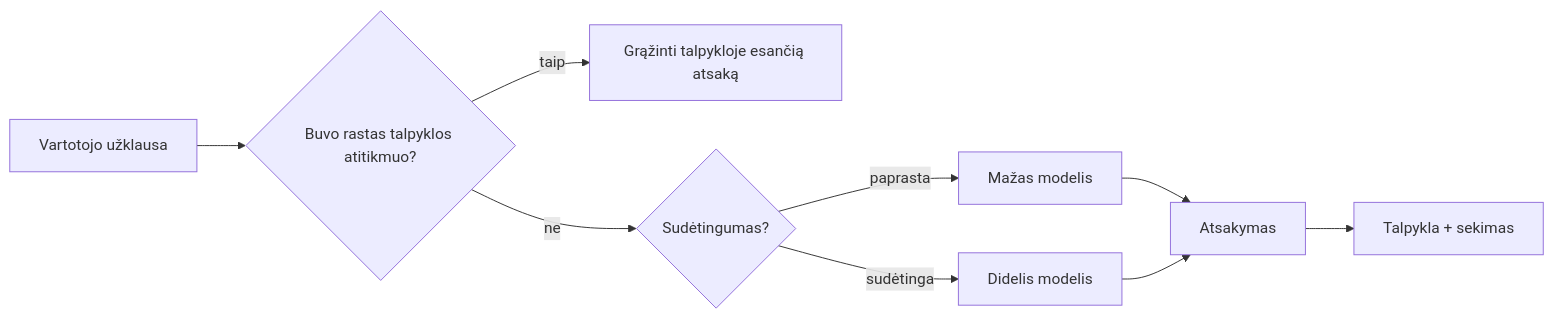
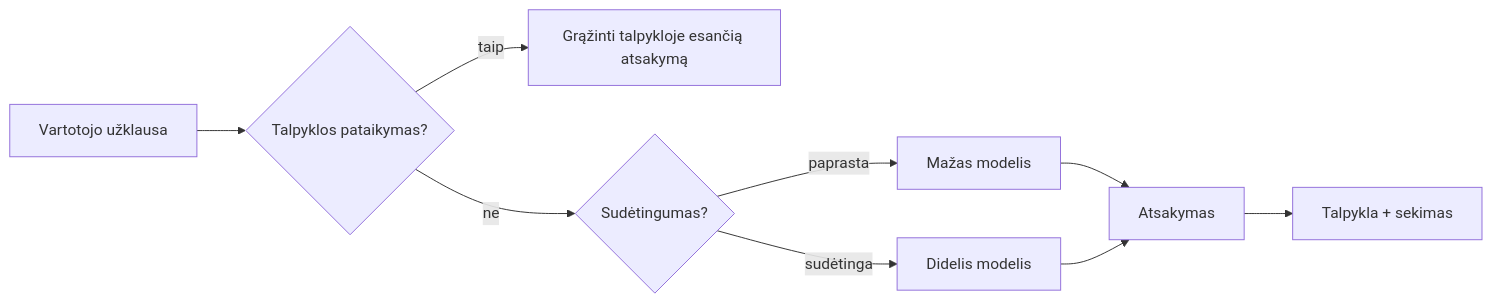
One commit to microsoft/ai-agents-for-beginners changed the third of 4 diagrams in translations/lt/16-deploying-scalable-agents/README.md. Above: the diagram before and after it, drawn with Mermaid. The commit also changed other lines of this file and 45 other files, not shown here.

````diff
--- a/translations/lt/16-deploying-scalable-agents/README.md
+++ b/translations/lt/16-deploying-scalable-agents/README.md
@@ -134,11 +134,11 @@
 ```mermaid
 flowchart LR
-    Q[Vartotojo užklausa] --> C{Buvo rastas talpyklos atitikmuo?}
-    C -->|taip| R[Grąžinti talpykloje esančią atsaką]
+    Q[Vartotojo užklausa] --> C{Talpyklos pataikymas?}
+    C -->|taip| R[Grąžinti talpykloje esančią atsakymą]
     C -->|ne| Router{Sudėtingumas?}
     Router -->|paprasta| SLM[Mažas modelis]
     Router -->|sudėtinga| LLM[Didelis modelis]
     SLM --> Out[Atsakymas]
     LLM --> Out
     Out --> Store[Talpykla + sekimas]
 ```
````
